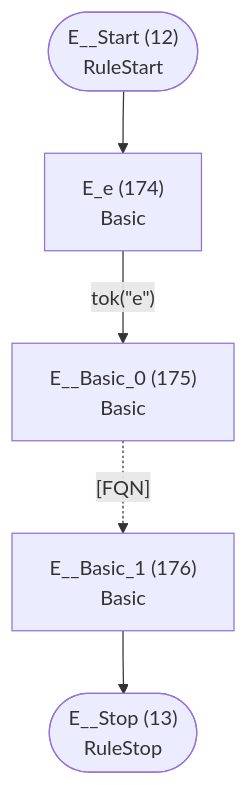
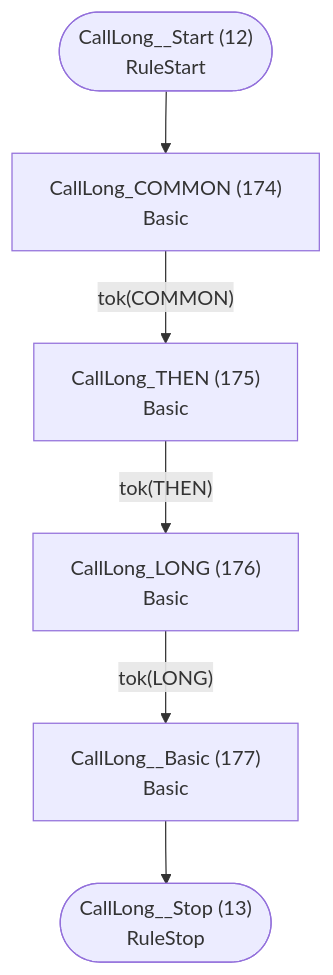
One commit to TypeFox/fastbelt changed the seventh of 41 diagrams in internal/languages/completion/atn.md. Above: the diagram before and after it, drawn with Mermaid. The commit also changed other lines of this file and 11 other files, not shown here.

````diff
--- a/internal/languages/completion/atn.md
+++ b/internal/languages/completion/atn.md
@@ -279,13 +279,15 @@
 ```mermaid
 flowchart TD
-    q12(["E__Start (12)<br/>RuleStart"])
-    q13(["E__Stop (13)<br/>RuleStop"])
-    q174["E_e (174)<br/>Basic<br/>"]
-    q175["E__Basic_0 (175)<br/>Basic<br/>"]
-    q176["E__Basic_1 (176)<br/>Basic<br/>"]
+    q12(["CallLong__Start (12)<br/>RuleStart"])
+    q13(["CallLong__Stop (13)<br/>RuleStop"])
+    q174["CallLong_COMMON (174)<br/>Basic<br/>"]
+    q175["CallLong_THEN (175)<br/>Basic<br/>"]
+    q176["CallLong_LONG (176)<br/>Basic<br/>"]
+    q177["CallLong__Basic (177)<br/>Basic<br/>"]
 
     q12 --> q174
-    q174 -->|"tok(&quot;e&quot;)"| q175
-    q175 -.->|"[FQN]"| q176
-    q176 --> q13
+    q174 -->|"tok(COMMON)"| q175
+    q175 -->|"tok(THEN)"| q176
+    q176 -->|"tok(LONG)"| q177
+    q177 --> q13
 ```
````
